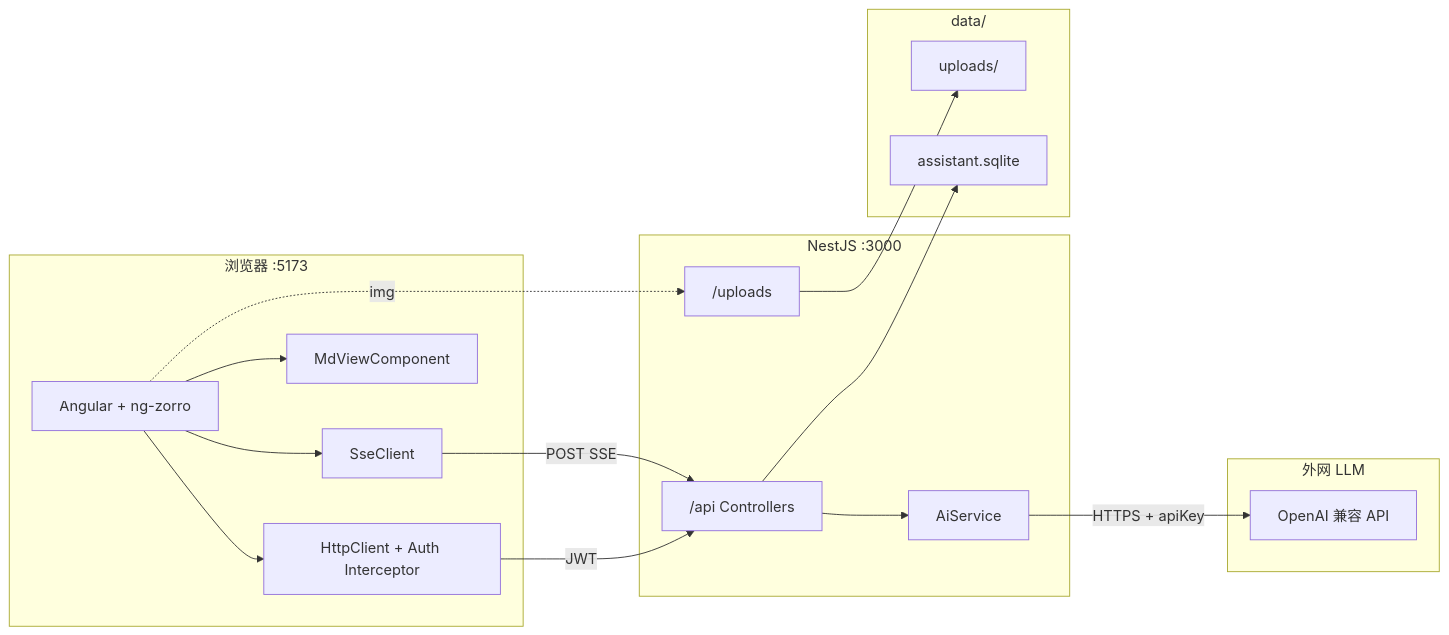
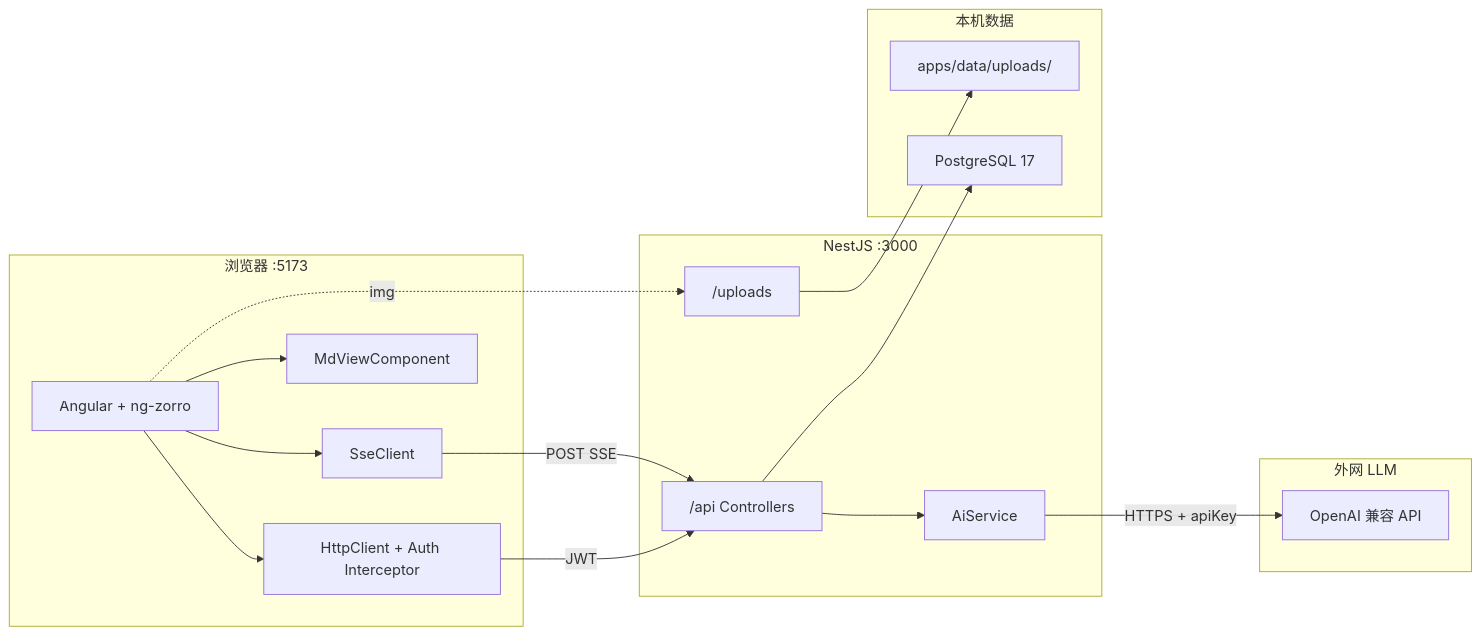
Before and after one commit to dean-lee-dev/rd-assistant: the first of 5 diagrams in docs/10001/系统消化文档.md, drawn with Mermaid. The commit also changed other lines of this file and 10 other files, not shown here.

Commit message:
Switch Prisma from SQLite to local PostgreSQL with a new migration baseline.

````diff
--- a/docs/10001/系统消化文档.md
+++ b/docs/10001/系统消化文档.md
@@ -49,35 +49,35 @@
 ```mermaid
 flowchart LR
   subgraph Browser["浏览器 :5173"]
     NG["Angular + ng-zorro"]
     HC["HttpClient + Auth Interceptor"]
     SSE["SseClient"]
     MD["MdViewComponent"]
     NG --> HC
     NG --> SSE
     NG --> MD
   end
 
   subgraph Nest["NestJS :3000"]
     API["/api Controllers"]
     AI["AiService"]
     STATIC["/uploads"]
     API --> AI
   end
 
-  subgraph Data["data/"]
-    SQLITE["assistant.sqlite"]
-    UP["uploads/"]
+  subgraph Data["本机数据"]
+    PG["PostgreSQL 17"]
+    UP["apps/data/uploads/"]
   end
 
   subgraph External["外网 LLM"]
     LLM["OpenAI 兼容 API"]
   end
 
   HC -->|JWT| API
   SSE -->|POST SSE| API
   STATIC --> UP
-  API --> SQLITE
+  API --> PG
   AI -->|HTTPS + apiKey| LLM
   NG -.->|img| STATIC
 ```
````
